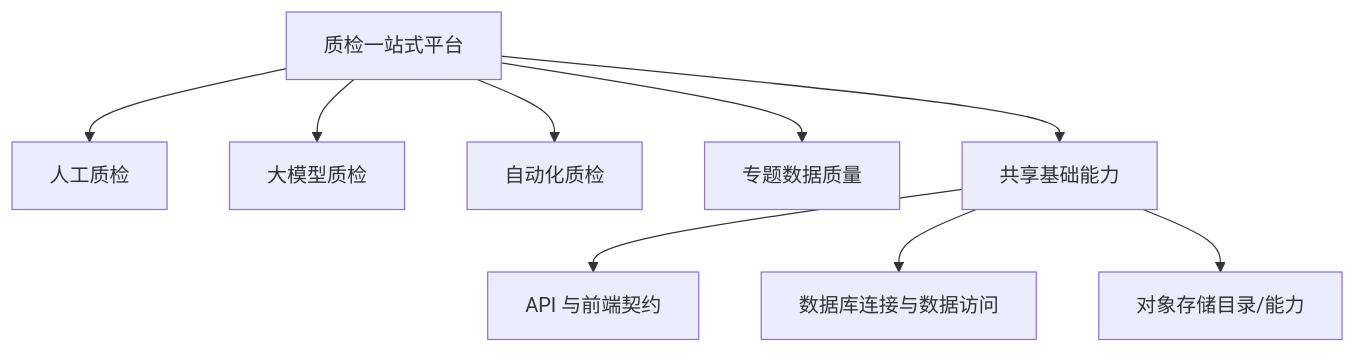
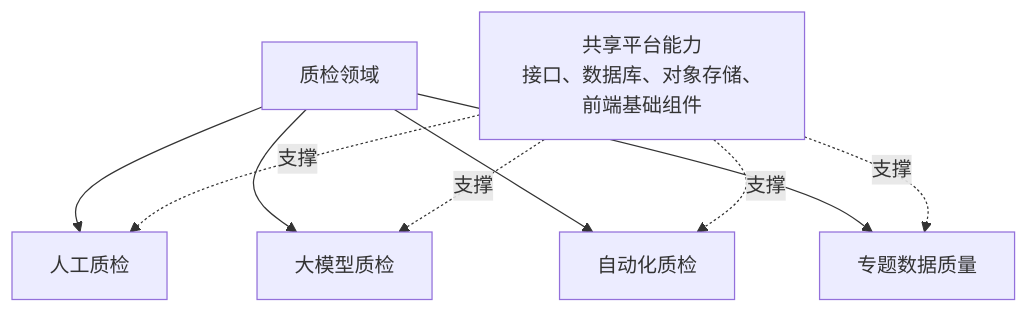
Before and after one commit to pokemonAndCodeMaster/omni-brain: the first of 2 diagrams in knowledge/domains/quality/overview.md, drawn with Mermaid. The commit also changed other lines of this file and 24 other files, not shown here.

````diff
--- a/knowledge/domains/quality/overview.md
+++ b/knowledge/domains/quality/overview.md
@@ -18,12 +33,14 @@
-```mermaid
+~~~mermaid
 flowchart TD
-    Q[质检一站式平台]
+    Q[质检领域]
     Q --> H[人工质检]
     Q --> L[大模型质检]
     Q --> A[自动化质检]
     Q --> D[专题数据质量]
-    Q --> C[共享基础能力]
-    C --> API[API 与前端契约]
-    C --> DB[数据库连接与数据访问]
-    C --> OBS[对象存储目录/能力]
-```
+
+    C[共享平台能力<br/>接口、数据库、对象存储、前端基础组件]
+    C -.支撑.-> H
+    C -.支撑.-> L
+    C -.支撑.-> A
+    C -.支撑.-> D
+~~~
````
